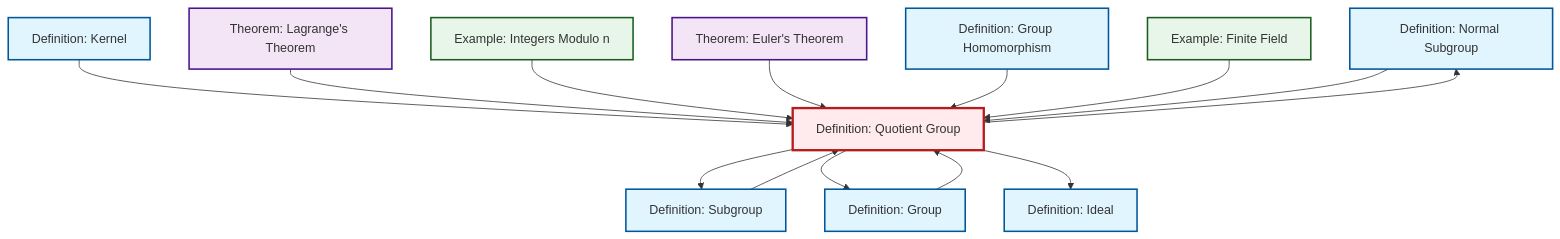
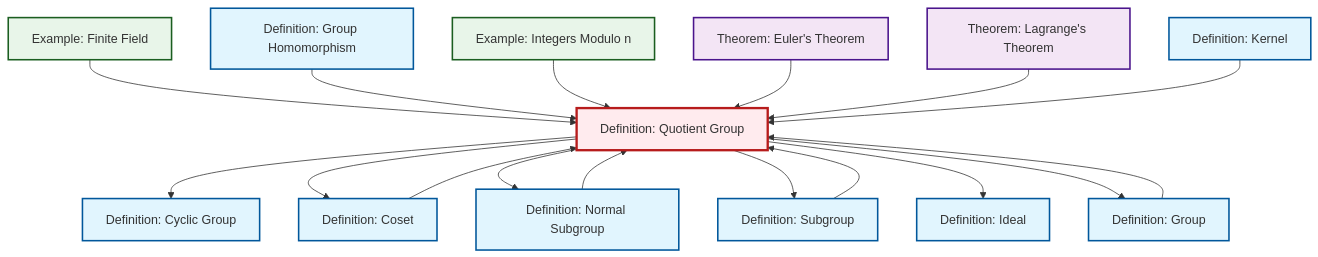
The diagram in output/mermaid/def-quotient-group.mermaid (RK0429/ModernMath), drawn with Mermaid before and after one commit. The commit also changed 1245 other files, not shown here.

```diff
--- a/output/mermaid/def-quotient-group.mermaid
+++ b/output/mermaid/def-quotient-group.mermaid
@@ -1,32 +1,37 @@
 %%| fig-cap: "Local dependency graph"
 graph TD
     classDef definition fill:#e1f5fe,stroke:#01579b,stroke-width:2px
     classDef theorem fill:#f3e5f5,stroke:#4a148c,stroke-width:2px
     classDef axiom fill:#fff3e0,stroke:#e65100,stroke-width:2px
     classDef example fill:#e8f5e9,stroke:#1b5e20,stroke-width:2px
     classDef current fill:#ffebee,stroke:#b71c1c,stroke-width:3px
+    thm-lagrange["Theorem: Lagrange's Theorem"]:::theorem
+    def-subgroup["Definition: Subgroup"]:::definition
+    thm-euler["Theorem: Euler's Theorem"]:::theorem
+    def-ideal["Definition: Ideal"]:::definition
+    def-homomorphism["Definition: Group Homomorphism"]:::definition
+    def-group["Definition: Group"]:::definition
+    def-coset["Definition: Coset"]:::definition
+    ex-quotient-integers-mod-n["Example: Integers Modulo n"]:::example
+    def-quotient-group["Definition: Quotient Group"]:::definition
     def-normal-subgroup["Definition: Normal Subgroup"]:::definition
-    def-homomorphism["Definition: Group Homomorphism"]:::definition
-    thm-lagrange["Theorem: Lagrange's Theorem"]:::theorem
-    def-ideal["Definition: Ideal"]:::definition
-    thm-euler["Theorem: Euler's Theorem"]:::theorem
+    def-cyclic-group["Definition: Cyclic Group"]:::definition
     def-kernel["Definition: Kernel"]:::definition
-    def-group["Definition: Group"]:::definition
-    ex-quotient-integers-mod-n["Example: Integers Modulo n"]:::example
-    def-subgroup["Definition: Subgroup"]:::definition
-    def-quotient-group["Definition: Quotient Group"]:::definition
     ex-finite-field["Example: Finite Field"]:::example
+    def-subgroup --> def-quotient-group
+    def-quotient-group --> def-cyclic-group
+    def-quotient-group --> def-coset
+    def-quotient-group --> def-normal-subgroup
+    ex-finite-field --> def-quotient-group
     def-quotient-group --> def-subgroup
+    def-homomorphism --> def-quotient-group
+    ex-quotient-integers-mod-n --> def-quotient-group
+    def-normal-subgroup --> def-quotient-group
+    def-group --> def-quotient-group
+    def-quotient-group --> def-ideal
+    def-quotient-group --> def-group
+    thm-euler --> def-quotient-group
+    thm-lagrange --> def-quotient-group
     def-kernel --> def-quotient-group
-    def-quotient-group --> def-group
-    def-quotient-group --> def-normal-subgroup
-    thm-lagrange --> def-quotient-group
-    ex-quotient-integers-mod-n --> def-quotient-group
-    thm-euler --> def-quotient-group
-    def-subgroup --> def-quotient-group
-    def-quotient-group --> def-ideal
-    def-homomorphism --> def-quotient-group
-    def-group --> def-quotient-group
-    ex-finite-field --> def-quotient-group
-    def-normal-subgroup --> def-quotient-group
+    def-coset --> def-quotient-group
     class def-quotient-group current
```
